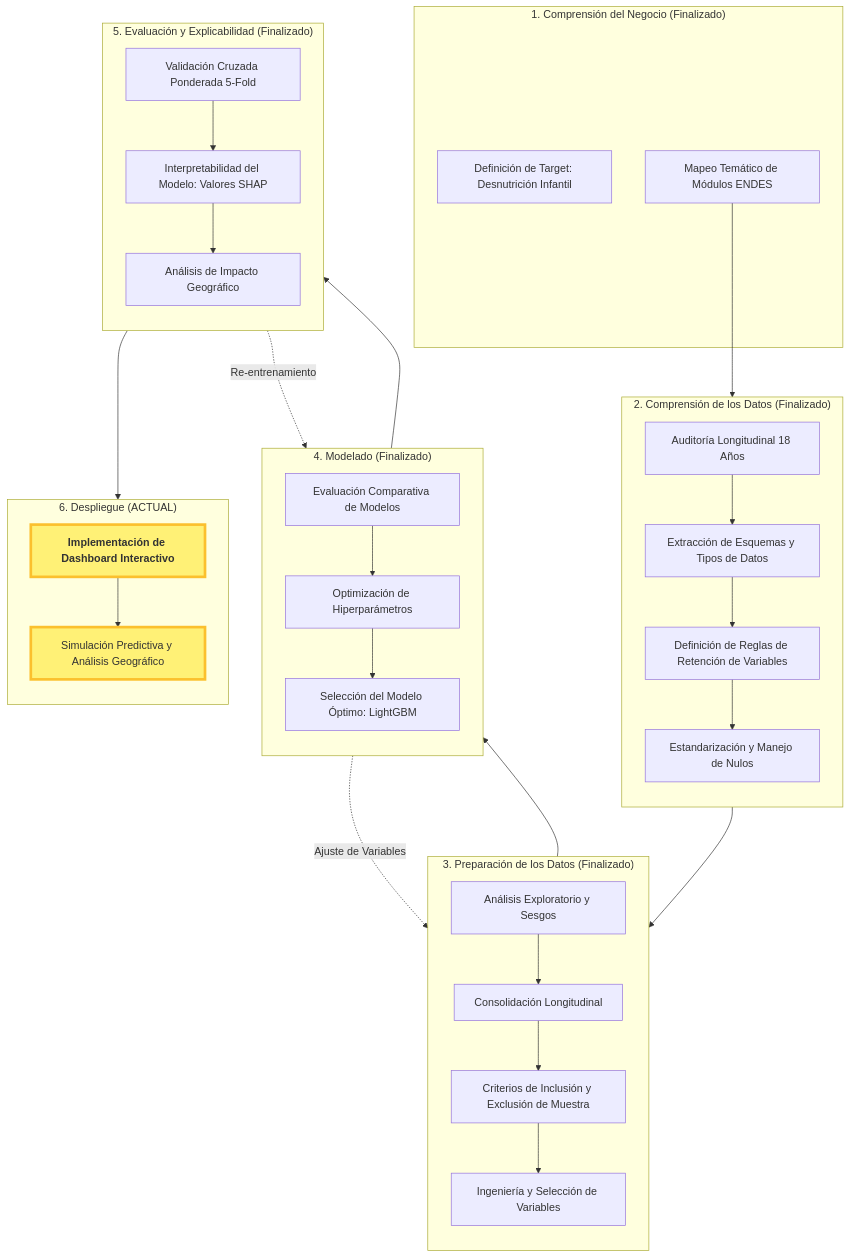
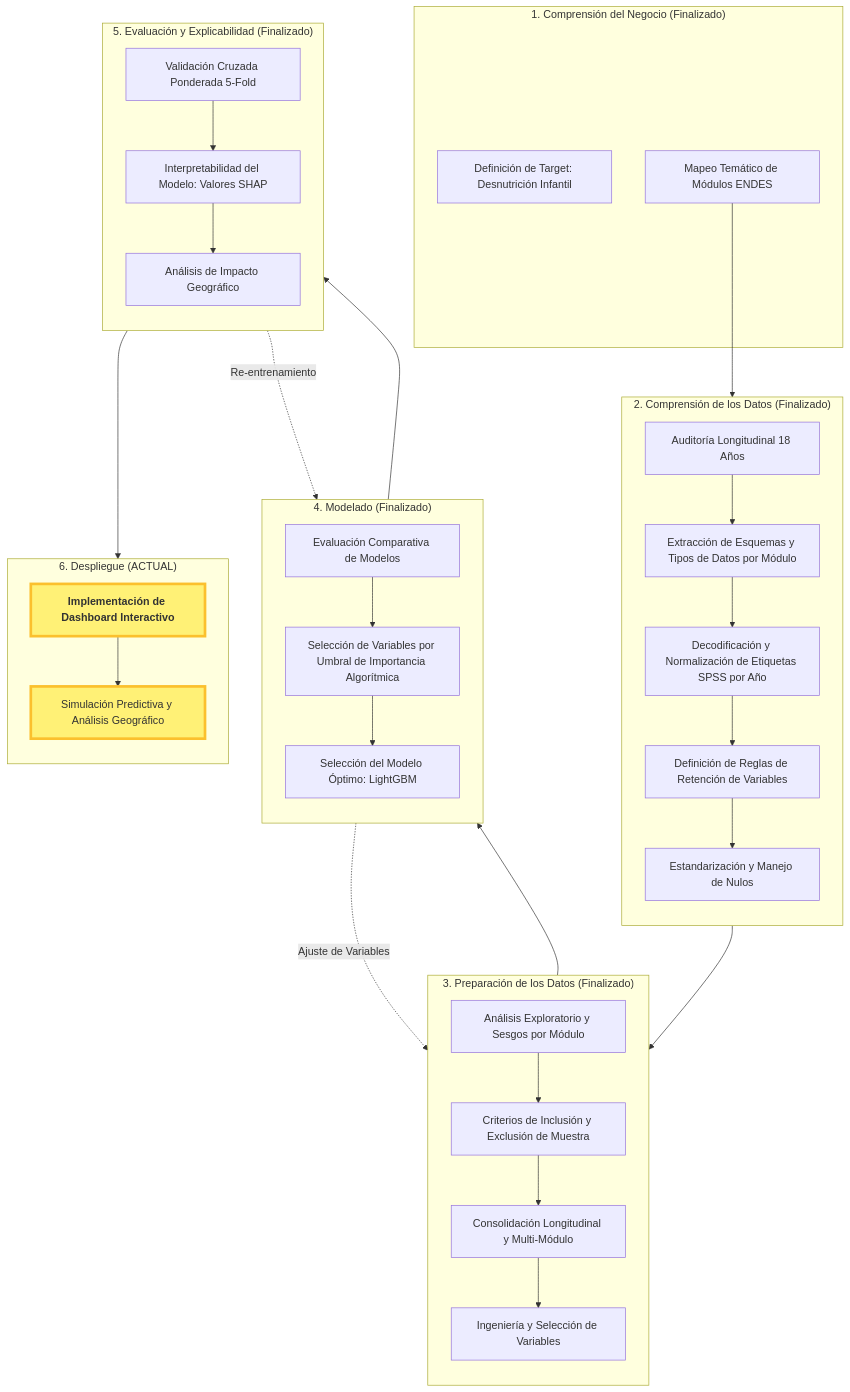
One commit to abelguevara-upeu/malnutrition-research changed the diagram in references/fases-simple.mmd. Above: the diagram before and after it, drawn with Mermaid. The commit also changed 30 other files, not shown here.

```diff
--- a/references/fases-simple.mmd
+++ b/references/fases-simple.mmd
@@ -1,76 +1,77 @@
 %% ---
 %% config:
 %%   layout: elk
 %% ---
 graph TD
     %% Fase 1 (CRISP-DM: Business Understanding)
     subgraph "1. Comprensión del Negocio (Finalizado)"
         A1[Definición de Target: Desnutrición Infantil]
         A2[Mapeo Temático de Módulos ENDES]
     end
 
     %% Fase 2 (CRISP-DM: Data Understanding)
     subgraph "2. Comprensión de los Datos (Finalizado)"
         direction TB
         B1[Auditoría Longitudinal 18 Años]
-        B2[Extracción de Esquemas y Tipos de Datos]
-        B3[Definición de Reglas de Retención de Variables]
-        B4[Estandarización y Manejo de Nulos]
-        
-        B1 --> B2 --> B3 --> B4
+        B2[Extracción de Esquemas y Tipos de Datos por Módulo]
+        B3[Decodificación y Normalización de Etiquetas SPSS por Año]
+        B4[Definición de Reglas de Retención de Variables]
+        B5[Estandarización y Manejo de Nulos]
+
+        B1 --> B2 --> B3 --> B4 --> B5
     end
 
     %% Fase 3 (CRISP-DM: Data Preparation)
     subgraph "3. Preparación de los Datos (Finalizado)"
         direction TB
-        C1[Análisis Exploratorio y Sesgos]
-        C2[Consolidación Longitudinal]
+        C1[Análisis Exploratorio y Sesgos por Módulo]
         C3[Criterios de Inclusión y Exclusión de Muestra]
+        C2[Consolidación Longitudinal y Multi-Módulo]
         C4[Ingeniería y Selección de Variables]
-        
-        C1 --> C2 --> C3 --> C4
+
+        C1 --> C3 --> C2 --> C4
     end
 
     %% Fase 4 (CRISP-DM: Modeling)
     subgraph "4. Modelado (Finalizado)"
         direction TB
         D1[Evaluación Comparativa de Modelos]
-        D2[Optimización de Hiperparámetros]
+        D2[Selección de Variables por Umbral de Importancia Algorítmica]
         D3[Selección del Modelo Óptimo: LightGBM]
-        
+
         D1 --> D2 --> D3
     end
 
     %% Fase 5 (CRISP-DM: Evaluation)
     subgraph "5. Evaluación y Explicabilidad (Finalizado)"
         direction TB
         E1[Validación Cruzada Ponderada 5-Fold]
         E2[Interpretabilidad del Modelo: Valores SHAP]
         E3[Análisis de Impacto Geográfico]
         
         E1 --> E2 --> E3
     end
 
     %% Fase 6 (CRISP-DM: Deployment)
     subgraph "6. Despliegue (ACTUAL)"
         direction TB
         F1[<b>Implementación de Dashboard Interactivo</b>]
         F2[Simulación Predictiva y Análisis Geográfico]
         
         F1 --> F2
     end
 
     %% --- CONEXIONES GLOBALES ---
     A2 --> B1
-    B4 --> C1
+    B5 --> C1
     C4 --> D1
     D3 --> E1
     E3 --> F1
 
     %% --- LOOPS E ITERACIONES CRISP-DM ---
     D1 -. "Ajuste de Variables" .-> C4
     E1 -. "Re-entrenamiento" .-> D1
 
     %% ESTILOS (El foco de trabajo actual)
     style F1 fill:#fff176,stroke:#fbc02d,stroke-width:4px
     style F2 fill:#fff176,stroke:#fbc02d,stroke-width:4px
```
